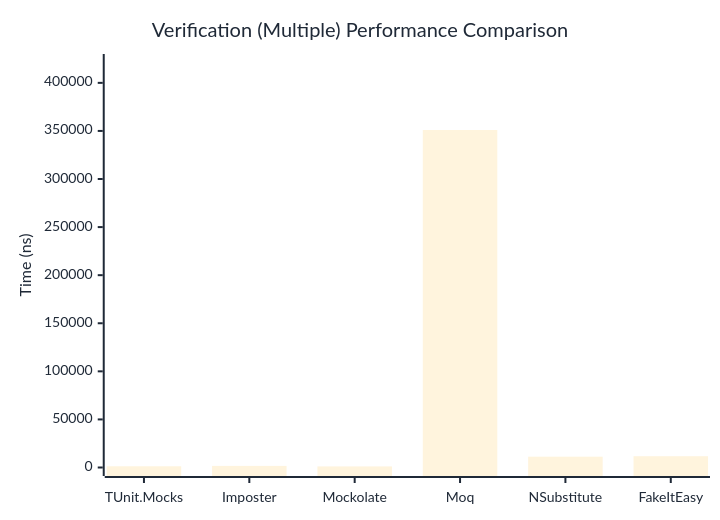
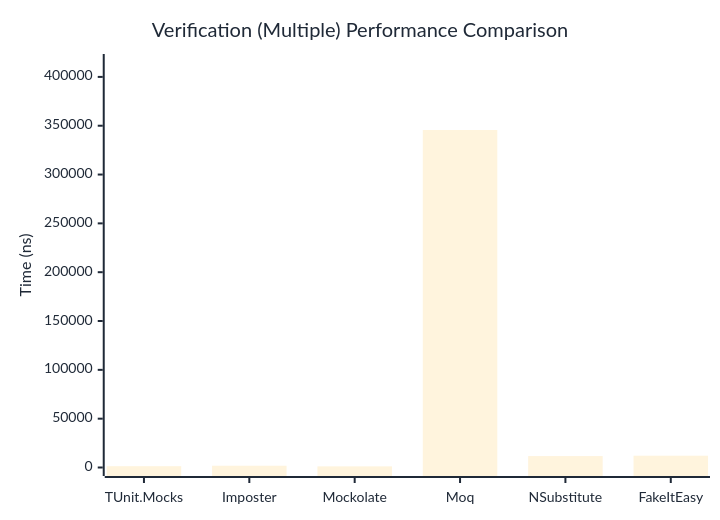
The third of 3 diagrams in docs/docs/benchmarks/mocks/Verification.md (thomhurst/TUnit), drawn with Mermaid before and after one commit. The commit also changed other lines of this file and 14 other files, not shown here.

````diff
--- a/docs/docs/benchmarks/mocks/Verification.md
+++ b/docs/docs/benchmarks/mocks/Verification.md
@@ -112,27 +112,27 @@
 ```mermaid
 %%{init: {
   'theme':'base',
   'themeVariables': {
     'primaryColor': '#2563eb',
     'primaryTextColor': '#1f2937',
     'primaryBorderColor': '#1e40af',
     'lineColor': '#6b7280',
     'secondaryColor': '#7c3aed',
     'tertiaryColor': '#dc2626',
     'background': '#ffffff',
     'pie1': '#2563eb',
     'pie2': '#7c3aed',
     'pie3': '#dc2626',
     'pie4': '#f59e0b',
     'pie5': '#10b981',
     'pie6': '#06b6d4',
     'pie7': '#ec4899',
     'pie8': '#6366f1'
   }
 }}%%
 xychart-beta
   title "Verification (Multiple) Performance Comparison"
   x-axis ["TUnit.Mocks", "Imposter", "Mockolate", "Moq", "NSubstitute", "FakeItEasy"]
-  y-axis "Time (ns)" 0 --> 421169
-  bar [1261.68, 1660.58, 1137.61, 350973.61, 11253.45, 11742.28]
+  y-axis "Time (ns)" 0 --> 414746
+  bar [1337.05, 1822.91, 1162.26, 345620.84, 11711.81, 12091.56]
 ```
````
